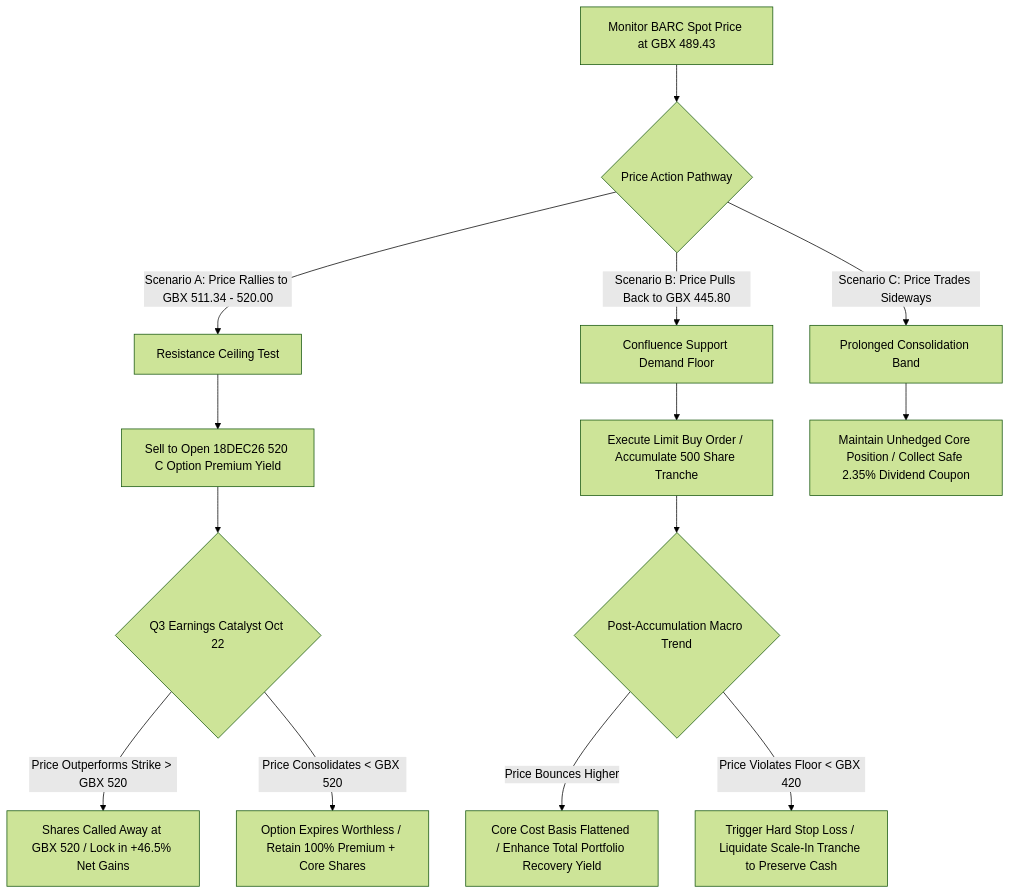
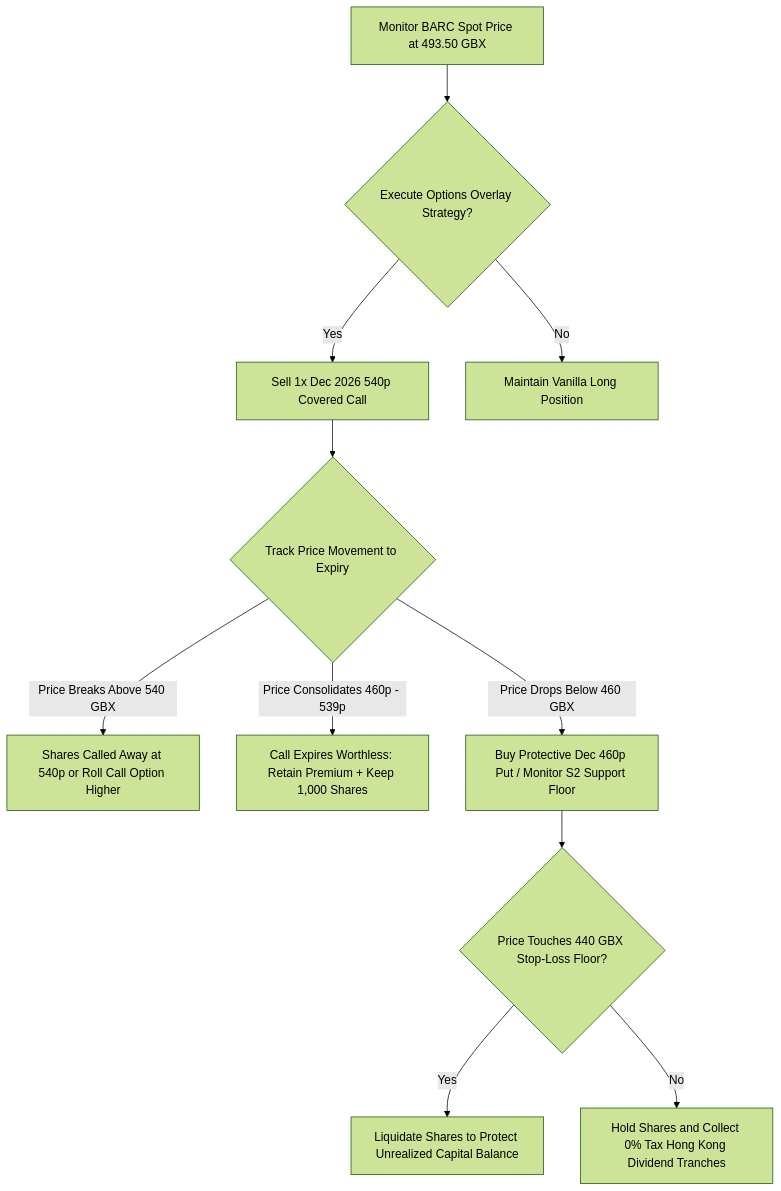
The diagram in docs/BARC.md (ray-oh/portal), drawn with Mermaid (forest theme) before and after one commit. The commit also changed other lines of this file, not shown here.

Commit message:
[Update] Automated upload via ChatFlow - docs/BARC.md

````diff
--- a/docs/BARC.md
+++ b/docs/BARC.md
@@ -46,16 +48,13 @@
-``` mermaid
-graph TD
-A[Monitor BARC Spot Price at GBX 489.43] --> B{Price Action Pathway}
-B -->|Scenario A: Price Rallies to GBX 511.34 - 520.00| C[Resistance Ceiling Test]
-C --> C1[Sell to Open 18DEC26 520 C Option Premium Yield]
-C1 --> C2{Q3 Earnings Catalyst Oct 22}
-C2 -->|Price Outperforms Strike > GBX 520| C3[Shares Called Away at GBX 520 / Lock in +46.5% Net Gains]
-C2 -->|Price Consolidates < GBX 520| C4[Option Expires Worthless / Retain 100% Premium + Core Shares]
-B -->|Scenario B: Price Pulls Back to GBX 445.80| D[Confluence Support Demand Floor]
-D --> D1[Execute Limit Buy Order / Accumulate 500 Share Tranche]
-D1 --> D2{Post-Accumulation Macro Trend}
-D2 -->|Price Bounces Higher| D3[Core Cost Basis Flattened / Enhance Total Portfolio Recovery Yield]
-D2 -->|Price Violates Floor < GBX 420| D4[Trigger Hard Stop Loss / Liquidate Scale-In Tranche to Preserve Cash]
-B -->|Scenario C: Price Trades Sideways| E[Prolonged Consolidation Band]
-E --> E1[Maintain Unhedged Core Position / Collect Safe 2.35% Dividend Coupon]
+```mermaid
+flowchart TD
+A[Monitor BARC Spot Price at 493.50 GBX] --> B{Execute Options Overlay Strategy?}
+B -->|Yes| C[Sell 1x Dec 2026 540p Covered Call]
+B -->|No| D[Maintain Vanilla Long Position]
+C --> E{Track Price Movement to Expiry}
+E -->|Price Breaks Above 540 GBX| F[Shares Called Away at 540p or Roll Call Option Higher]
+E -->|Price Consolidates 460p - 539p| G[Call Expires Worthless: Retain Premium + Keep 1,000 Shares]
+E -->|Price Drops Below 460 GBX| H[Buy Protective Dec 460p Put / Monitor S2 Support Floor]
+H --> I{Price Touches 440 GBX Stop-Loss Floor?}
+I -->|Yes| J[Liquidate Shares to Protect Unrealized Capital Balance]
+I -->|No| K[Hold Shares and Collect 0% Tax Hong Kong Dividend Tranches]
 ```
````
